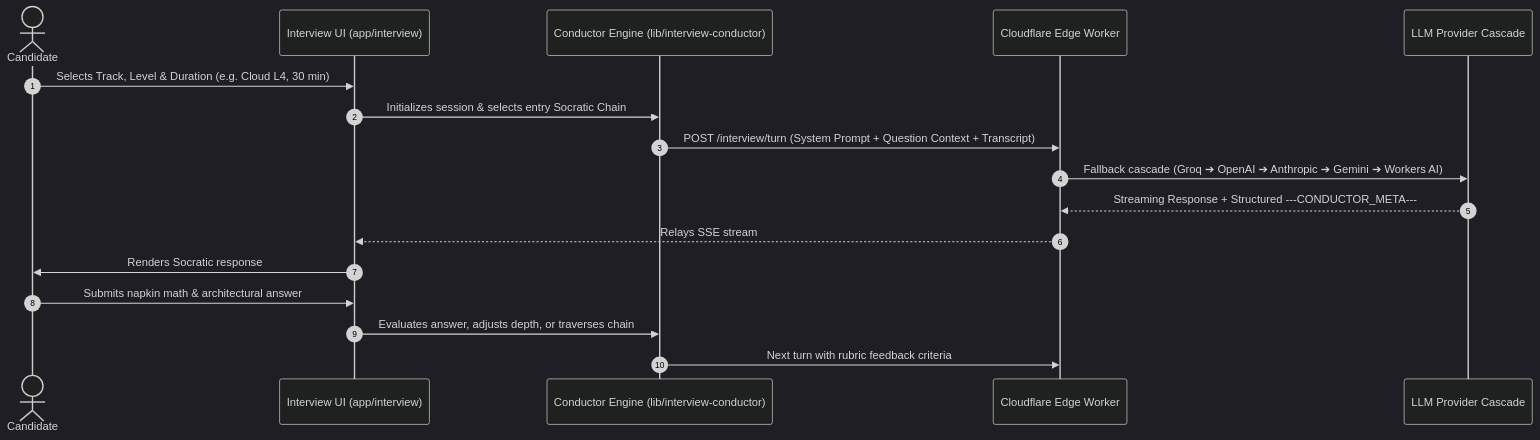
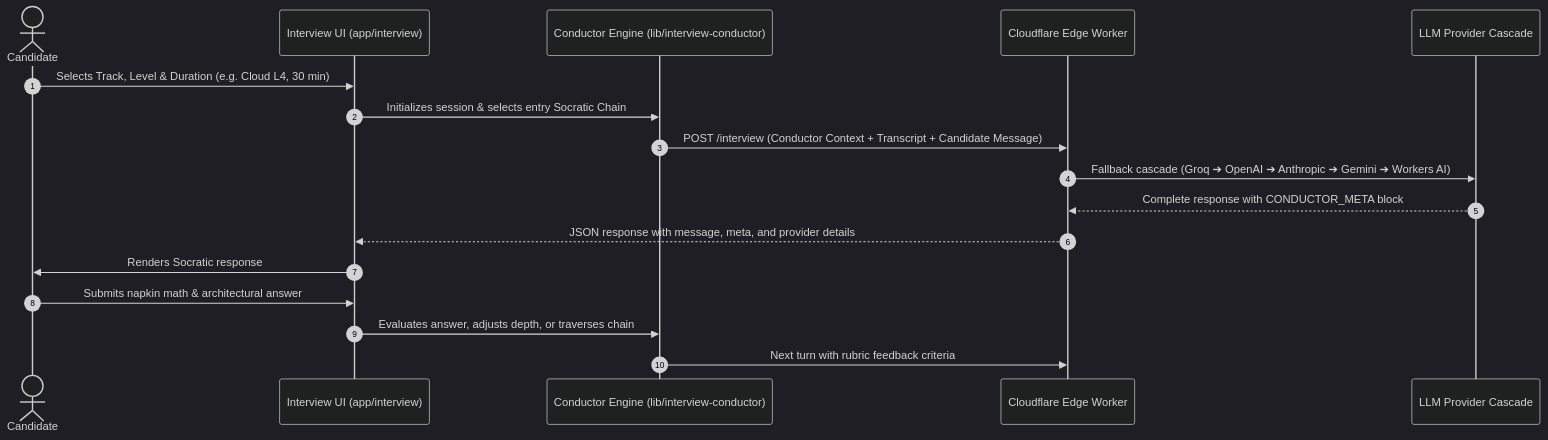
Before and after one commit to harvard-edge/cs249r_book: the fourth of 4 diagrams in staffml/ARCHITECTURE.md, drawn with Mermaid (dark theme). The commit also changed other lines of this file and 77 other files, not shown here.

````diff
--- a/staffml/ARCHITECTURE.md
+++ b/staffml/ARCHITECTURE.md
@@ -242,20 +242,20 @@
 ```mermaid
 sequenceDiagram
     autonumber
     actor Candidate as Candidate
     participant UI as Interview UI (app/interview)
     participant Cond as Conductor Engine (lib/interview-conductor)
     participant Worker as Cloudflare Edge Worker
     participant LLM as LLM Provider Cascade
 
     Candidate->>UI: Selects Track, Level & Duration (e.g. Cloud L4, 30 min)
     UI->>Cond: Initializes session & selects entry Socratic Chain
-    Cond->>Worker: POST /interview/turn (System Prompt + Question Context + Transcript)
+    Cond->>Worker: POST /interview (Conductor Context + Transcript + Candidate Message)
     Worker->>LLM: Fallback cascade (Groq ➔ OpenAI ➔ Anthropic ➔ Gemini ➔ Workers AI)
-    LLM-->>Worker: Streaming Response + Structured ---CONDUCTOR_META---
-    Worker-->>UI: Relays SSE stream
+    LLM-->>Worker: Complete response with CONDUCTOR_META block
+    Worker-->>UI: JSON response with message, meta, and provider details
     UI->>Candidate: Renders Socratic response
     Candidate->>UI: Submits napkin math & architectural answer
     UI->>Cond: Evaluates answer, adjusts depth, or traverses chain
     Cond->>Worker: Next turn with rubric feedback criteria
 ```
````
